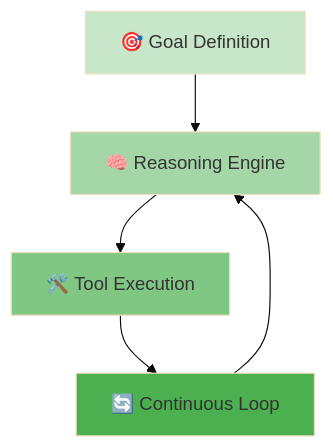
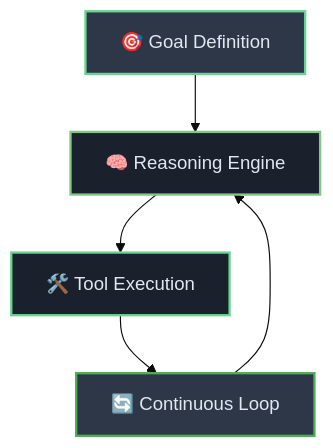
Before and after one commit to josemlopez/prompt_tutorial: the fourth of 6 diagrams in Part_II_Section_4_From_Instruction_to_Autonomous_System.md, drawn with Mermaid (base theme). The commit also changed other lines of this file and 7 other files, not shown here.

````diff
--- a/Part_II_Section_4_From_Instruction_to_Autonomous_System.md
+++ b/Part_II_Section_4_From_Instruction_to_Autonomous_System.md
@@ -106,12 +110,12 @@
 ```mermaid
 graph TD
-    A[🎯 Goal Definition] --> B[🧠 Reasoning Engine]
-    B --> C[🛠️ Tool Execution]
-    C --> D[🔄 Continuous Loop]
-    D --> B
-    
-    style A fill:#c8e6c9
-    style B fill:#a5d6a7
-    style C fill:#81c784
-    style D fill:#4caf50
+   A[🎯 Goal Definition] --> B[🧠 Reasoning Engine]
+   B --> C[🛠️ Tool Execution]
+   C --> D[🔄 Continuous Loop]
+   D --> B
+   
+   style A fill:#2d3748,stroke:#68d391,stroke-width:2px,color:#e2e8f0
+   style B fill:#1a202c,stroke:#81c784,stroke-width:2px,color:#e2e8f0
+   style C fill:#1a202c,stroke:#68d391,stroke-width:2px,color:#e2e8f0
+   style D fill:#2d3748,stroke:#4caf50,stroke-width:2px,color:#e2e8f0
 ```
````
